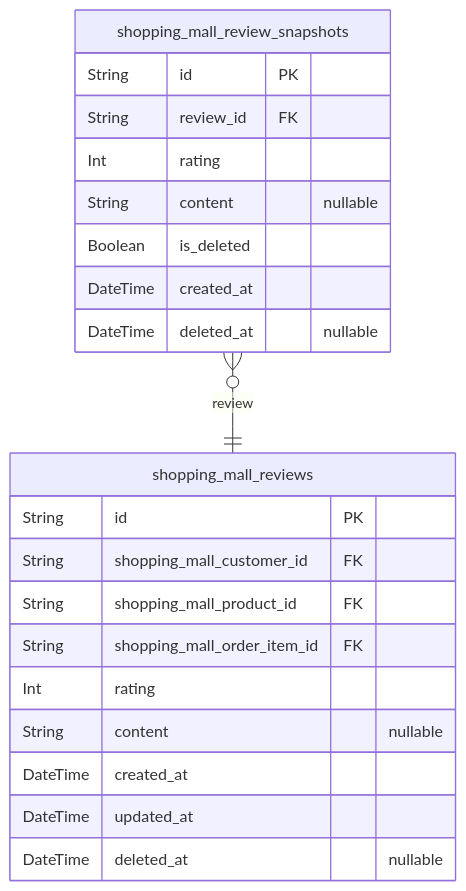
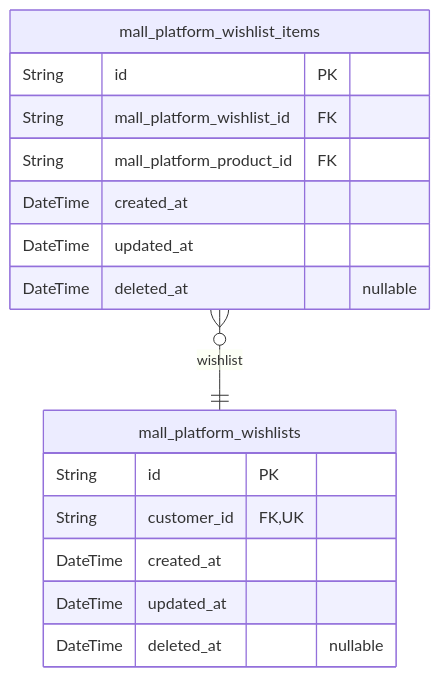
Before and after one commit to wrtnlabs/autobe-examples: the eighth of 17 diagrams in openai/gpt-5.4-mini/shopping/docs/ERD.md, drawn with Mermaid. The commit also changed other lines of this file and 9017 other files, not shown here.

````diff
--- a/openai/gpt-5.4-mini/shopping/docs/ERD.md
+++ b/openai/gpt-5.4-mini/shopping/docs/ERD.md
@@ -864,24 +824,19 @@
 ```mermaid
 erDiagram
-"shopping_mall_reviews" {
+"mall_platform_wishlists" {
   String id PK
-  String shopping_mall_customer_id FK
-  String shopping_mall_product_id FK
-  String shopping_mall_order_item_id FK
-  Int rating
-  String content "nullable"
+  String customer_id FK,UK
   DateTime created_at
   DateTime updated_at
   DateTime deleted_at "nullable"
 }
-"shopping_mall_review_snapshots" {
+"mall_platform_wishlist_items" {
   String id PK
-  String review_id FK
-  Int rating
-  String content "nullable"
-  Boolean is_deleted
+  String mall_platform_wishlist_id FK
+  String mall_platform_product_id FK
   DateTime created_at
+  DateTime updated_at
   DateTime deleted_at "nullable"
 }
-"shopping_mall_review_snapshots" }o--|| "shopping_mall_reviews" : review
+"mall_platform_wishlist_items" }o--|| "mall_platform_wishlists" : wishlist
 ```
````
